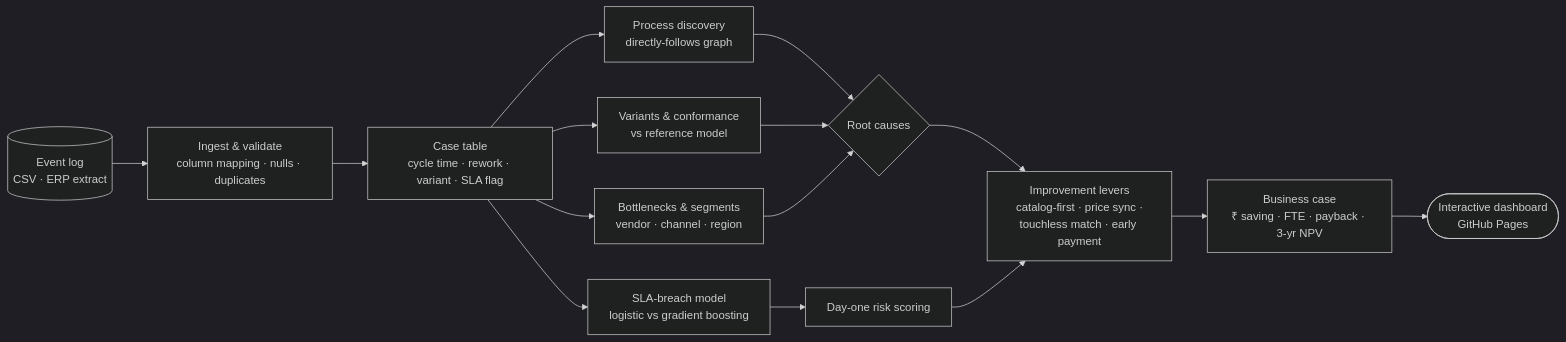
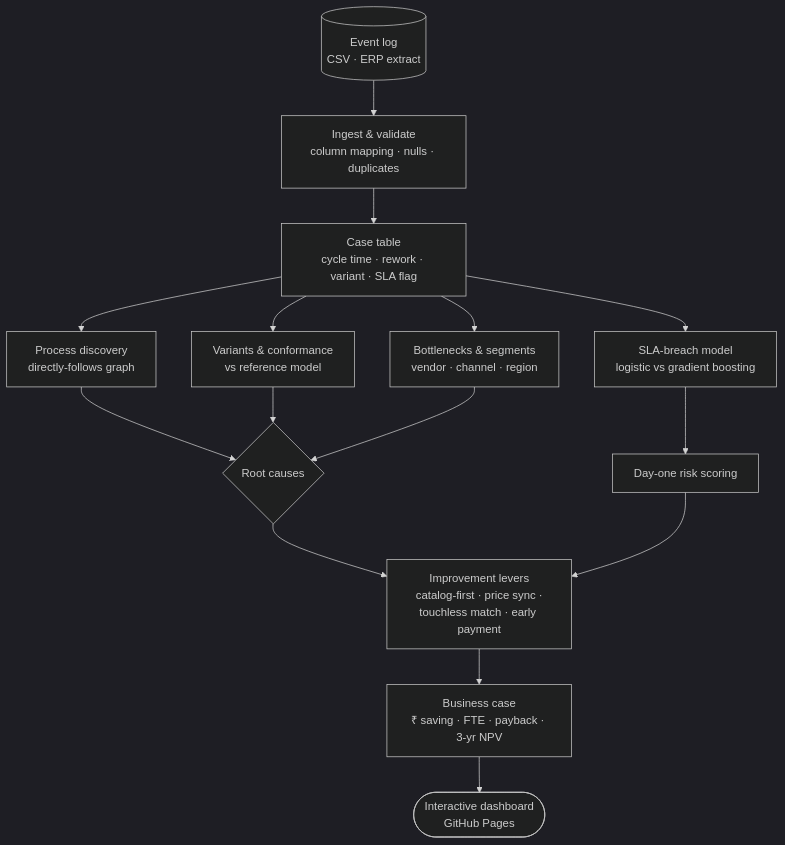
One commit to 21cabbagee/process-intelligence-pov changed the diagram in README.md. Above: the diagram before and after it, drawn with Mermaid (dark theme).

Commit message:
Lay out README flowchart top-down for readability

````diff
--- a/README.md
+++ b/README.md
@@ -18,17 +18,17 @@
 ```mermaid
-flowchart LR
+flowchart TD
     A[(Event log<br/>CSV · ERP extract)] --> B[Ingest & validate<br/>column mapping · nulls · duplicates]
     B --> C[Case table<br/>cycle time · rework · variant · SLA flag]
 
     C --> D[Process discovery<br/>directly-follows graph]
     C --> E[Variants & conformance<br/>vs reference model]
     C --> F[Bottlenecks & segments<br/>vendor · channel · region]
     C --> G[SLA-breach model<br/>logistic vs gradient boosting]
 
     D & E & F --> H{Root causes}
     G --> I[Day-one risk scoring]
     H --> J[Improvement levers<br/>catalog-first · price sync ·<br/>touchless match · early payment]
     I --> J
     J --> K[Business case<br/>₹ saving · FTE · payback · 3-yr NPV]
     K --> L([Interactive dashboard<br/>GitHub Pages])
 ```
````
